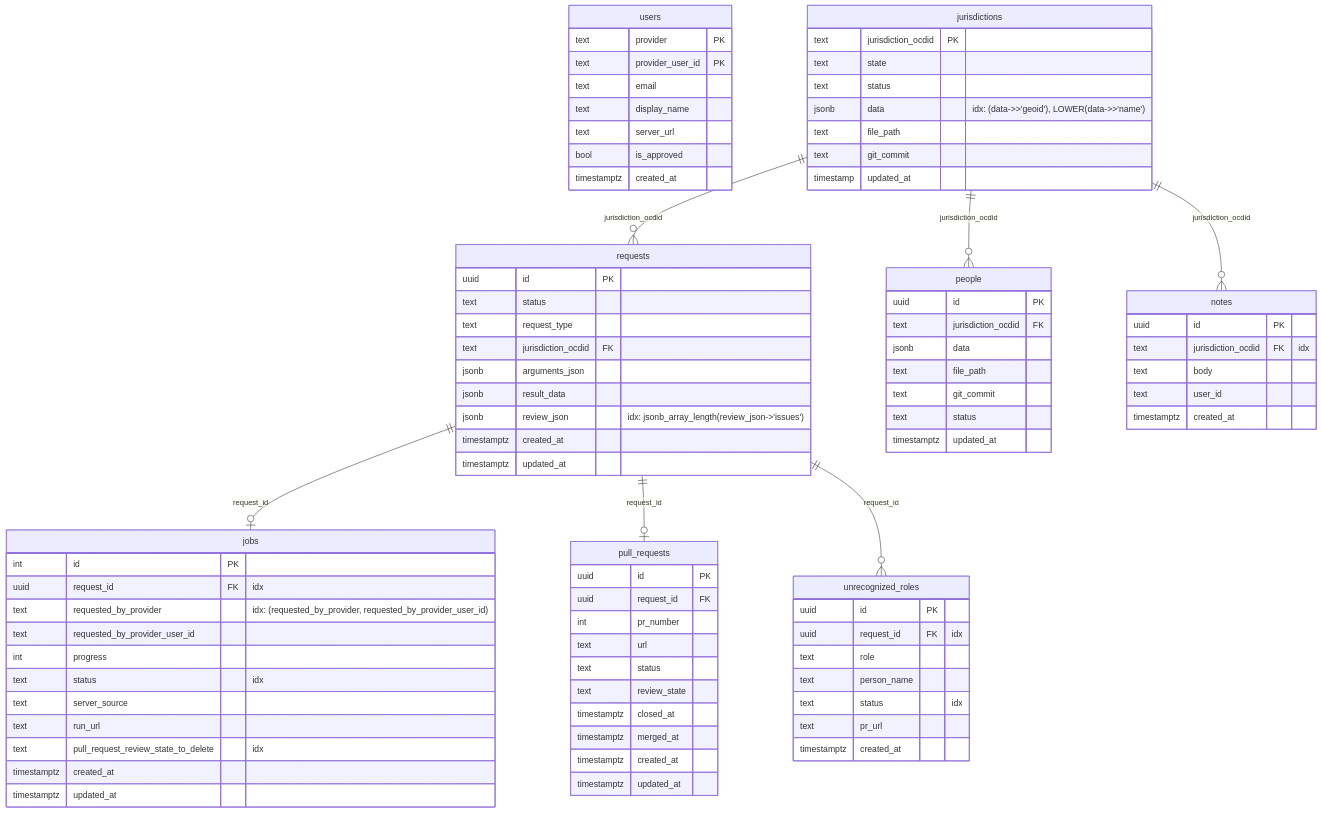
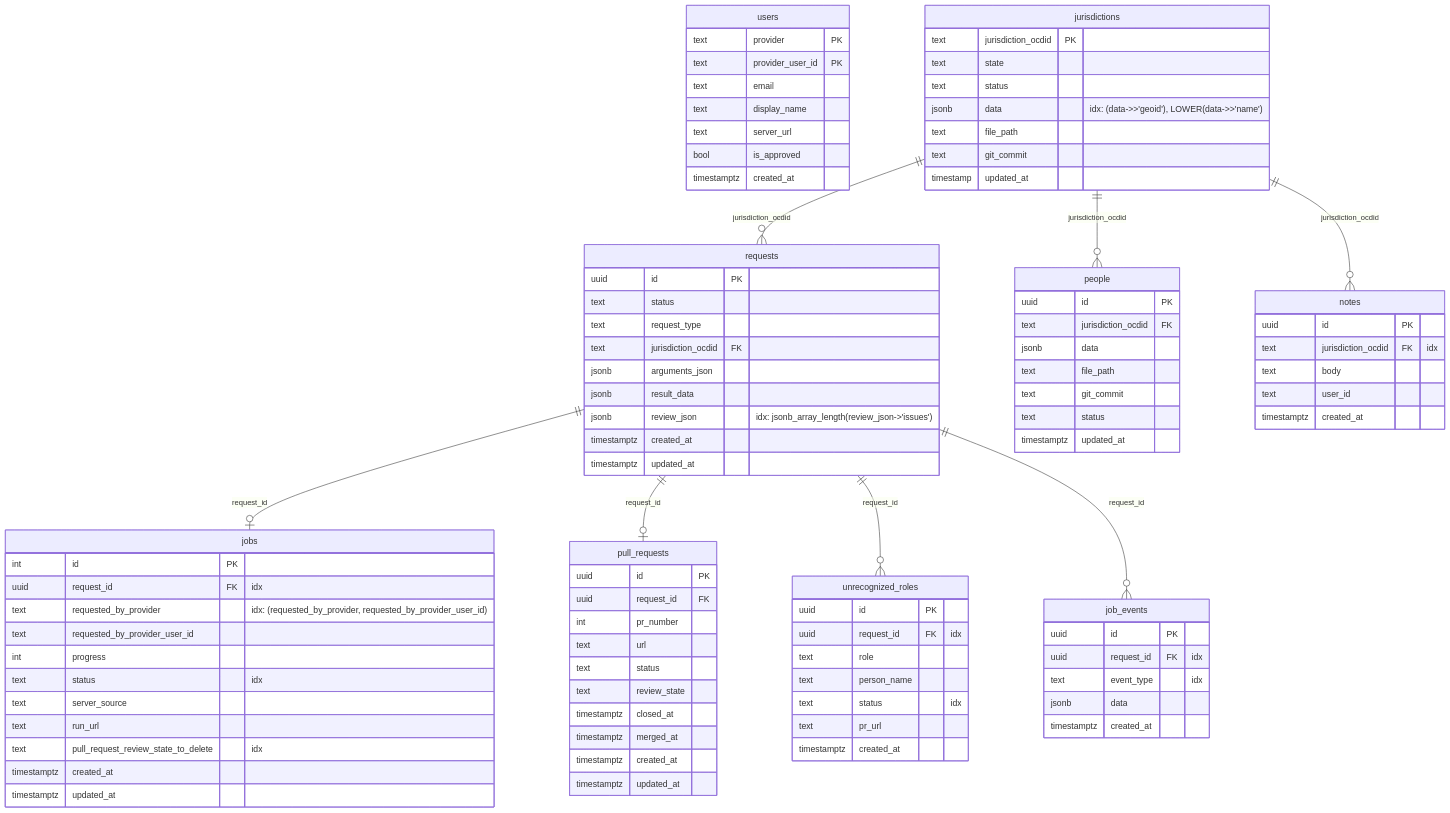
One commit to CivicPatch/civicpatch-tools changed the diagram in api.civicpatch.org/README.md. Above: the diagram before and after it, drawn with Mermaid. The commit also changed 41 other files, not shown here.

````diff
--- a/api.civicpatch.org/README.md
+++ b/api.civicpatch.org/README.md
@@ -196,10 +196,19 @@
         timestamptz created_at
     }
 
+    job_events {
+        uuid id PK
+        uuid request_id FK "idx"
+        text event_type "idx"
+        jsonb data
+        timestamptz created_at
+    }
+
     jurisdictions ||--o{ requests : "jurisdiction_ocdid"
     jurisdictions ||--o{ people : "jurisdiction_ocdid"
     jurisdictions ||--o{ notes : "jurisdiction_ocdid"
     requests ||--o| jobs : "request_id"
     requests ||--o| pull_requests : "request_id"
     requests ||--o{ unrecognized_roles : "request_id"
+    requests ||--o{ job_events : "request_id"
 ```
````
